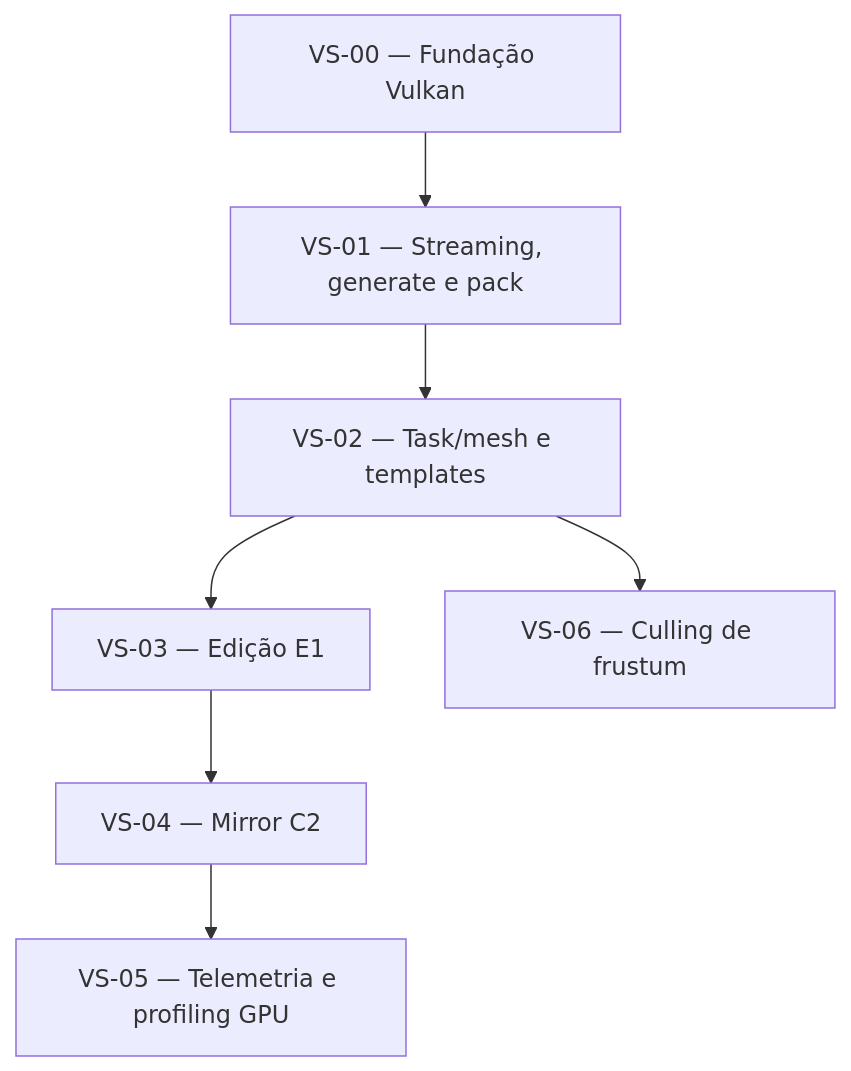
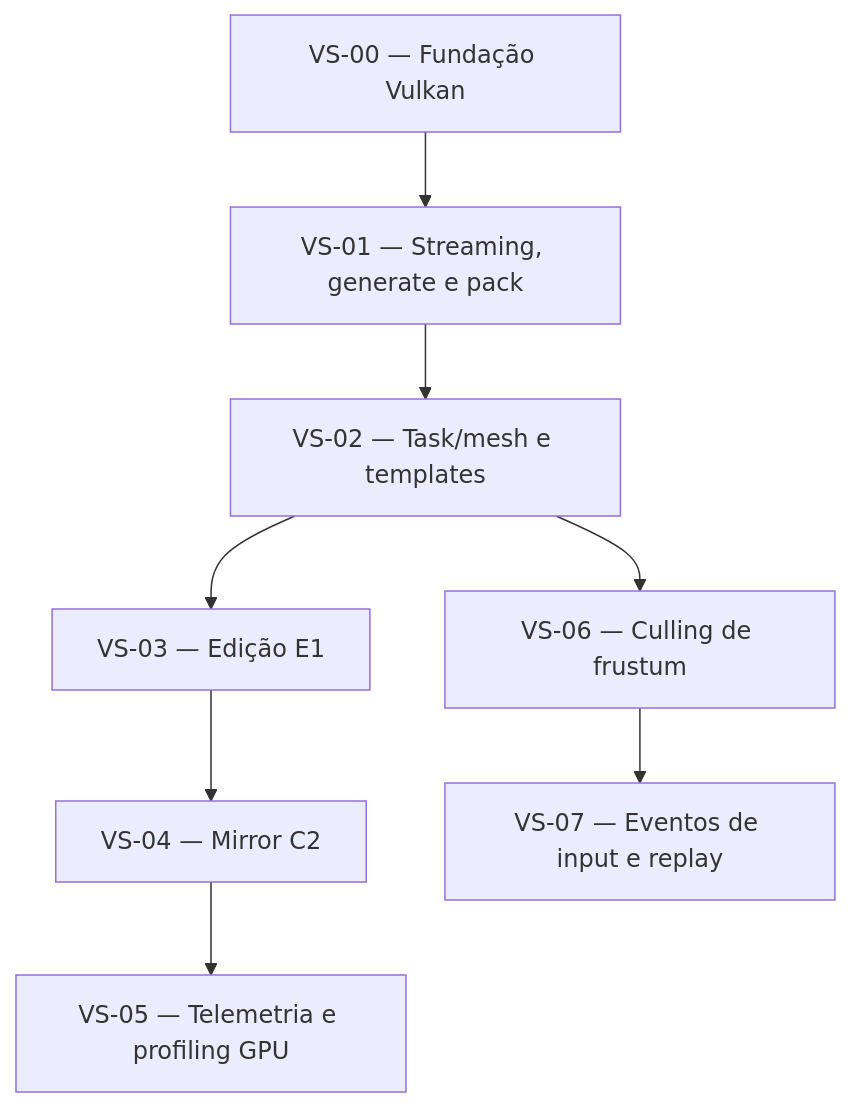
One commit to Ruannilton/vox changed the diagram in docs/obsidian/tracking/dependencias.md. Above: the diagram before and after it, drawn with Mermaid. The commit also changed other lines of this file and 10 other files, not shown here.

Commit message:
VS-07: eventos de input, comandos e replay

````diff
--- a/docs/obsidian/tracking/dependencias.md
+++ b/docs/obsidian/tracking/dependencias.md
@@ -7,17 +7,19 @@
 ```mermaid
 graph TD
     VS00[VS-00 — Fundação Vulkan]
     VS01[VS-01 — Streaming, generate e pack]
     VS02[VS-02 — Task/mesh e templates]
     VS03[VS-03 — Edição E1]
     VS04[VS-04 — Mirror C2]
     VS05[VS-05 — Telemetria e profiling GPU]
     VS06[VS-06 — Culling de frustum]
+    VS07[VS-07 — Eventos de input e replay]
 
     VS00 --> VS01
     VS01 --> VS02
     VS02 --> VS03
     VS03 --> VS04
     VS04 --> VS05
     VS02 --> VS06
+    VS06 --> VS07
 ```
````
